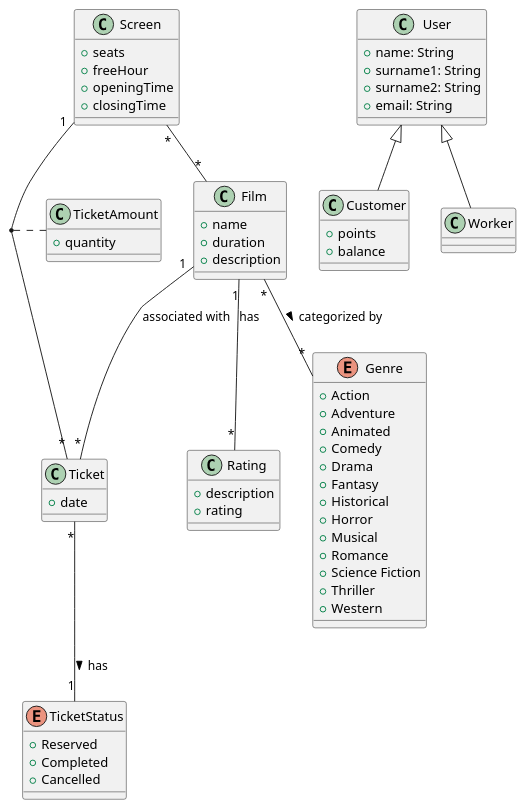
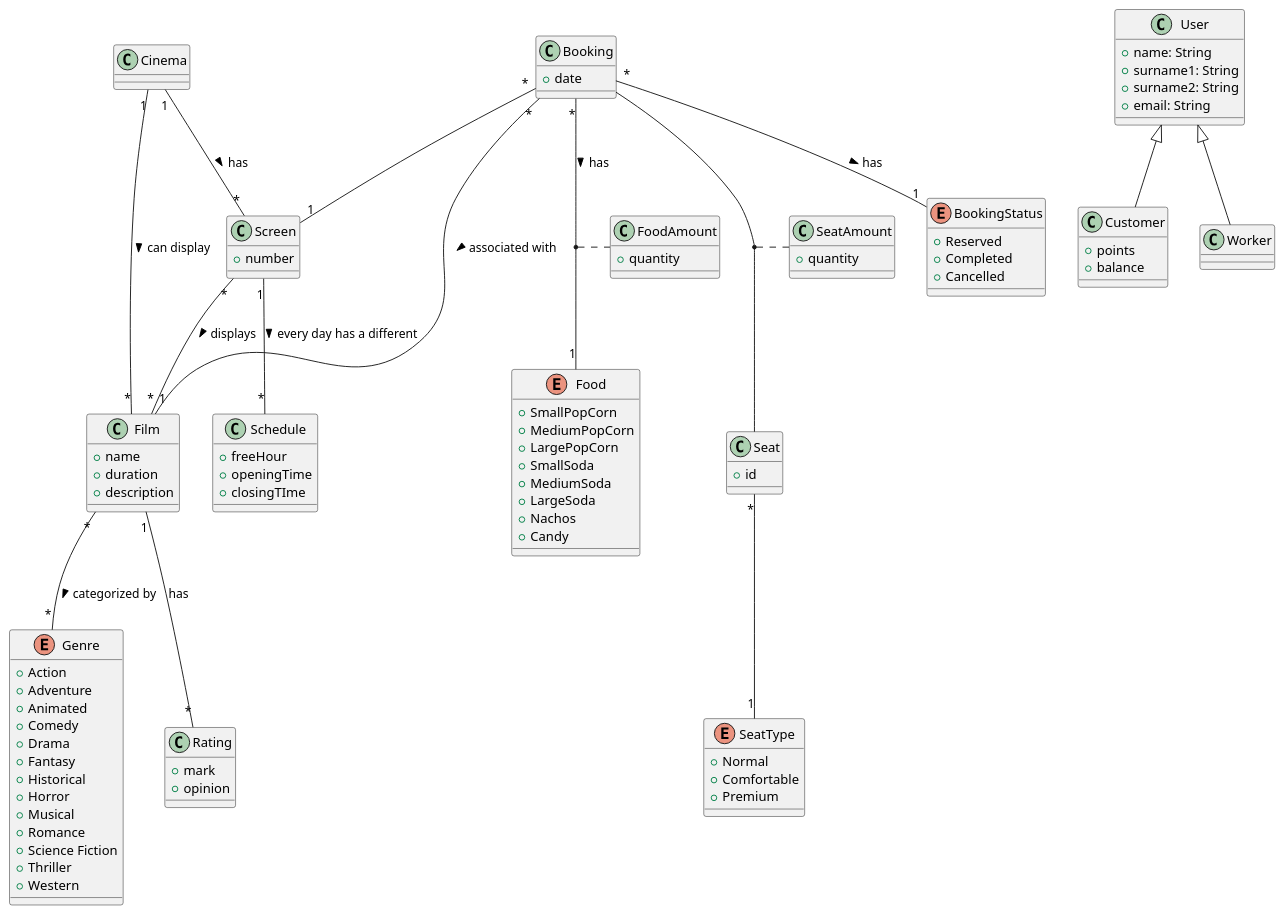
Before and after one commit to BenatErzibengoa/Cinema-app: the diagram in DomainModel(Uncompleted Draft).puml, drawn with PlantUML.

Commit message:
Updated Domain model
New features have been implemented.
I think it is quite good, but it is probably not the final version because it probably has some issues / lacks information.

```diff
--- a/DomainModel(Uncompleted Draft).puml
+++ b/DomainModel(Uncompleted Draft).puml
@@ -1,84 +1,125 @@
 @startuml
 class User{
   +name: String
   +surname1: String
   +surname2: String
   +email: String
 
 }
 
 class Customer{
   +points
   +balance
 }
 
 class Worker{
 }
 
-class Ticket{
+class Booking{
   +date
 }
 
-class TicketAmount{
+
+class FoodAmount{
   +quantity
 }
 
+class Cinema{
+
+}
+
 class Screen{
-  +seats
+  +number
+}
+
+class Schedule{
   +freeHour
   +openingTime
-  +closingTime
+  +closingTIme
 }
 
 class Film{
   +name
   +duration
   +description
 }
 
 class Rating{
-  +description
-  +rating
+  +mark
+  +opinion
 }
+
+class Seat{
+  +id
+}
+class SeatAmount{
+  +quantity
+}
+
+
 
 enum Genre{
   +Action
   +Adventure
   +Animated
   +Comedy
   +Drama
   +Fantasy
   +Historical
   +Horror
   +Musical
   +Romance
   +Science Fiction
   +Thriller
   +Western
 }
 
-enum TicketStatus{
+enum BookingStatus{
   +Reserved
   +Completed
   +Cancelled
 }
-  
 
+enum Food{
+  +SmallPopCorn
+  +MediumPopCorn
+  +LargePopCorn
+  +SmallSoda
+  +MediumSoda
+  +LargeSoda
+  +Nachos
+  +Candy
+}
 
+enum SeatType{
+  +Normal
+  +Comfortable
+  +Premium
+}
 
 
 User <|-- Customer
 User <|-- Worker
 
+Cinema "1" -- "*" Screen: has >
+Cinema "1" -- "*" Film: can display >
 
-Screen "*" -- "*" Film
-Screen "1" -- "*" Ticket
+Screen "*" -- "*" Film: displays >
+Screen "1" -- "*" Schedule: every day has a different >
 
-Ticket "*" -- "1" TicketStatus : has >
-(Ticket, Screen) .. TicketAmount
+Seat "*" -- "1" SeatType
 
 Film "1" -- "*" Rating: has
-Film "1" -- "*" Ticket : associated with
 Film "*" -- "*" Genre : categorized by >
 
+
+Booking "*" -- "1" Film: associated with >
+Booking "*" -- "1" BookingStatus : has >
+Booking "*" -- "1" Screen
+Booking "*" -- "1" Food: has >
+(Booking, Food) .. FoodAmount
+(Booking, Seat) .. SeatAmount
+
+
+
 @enduml
```
